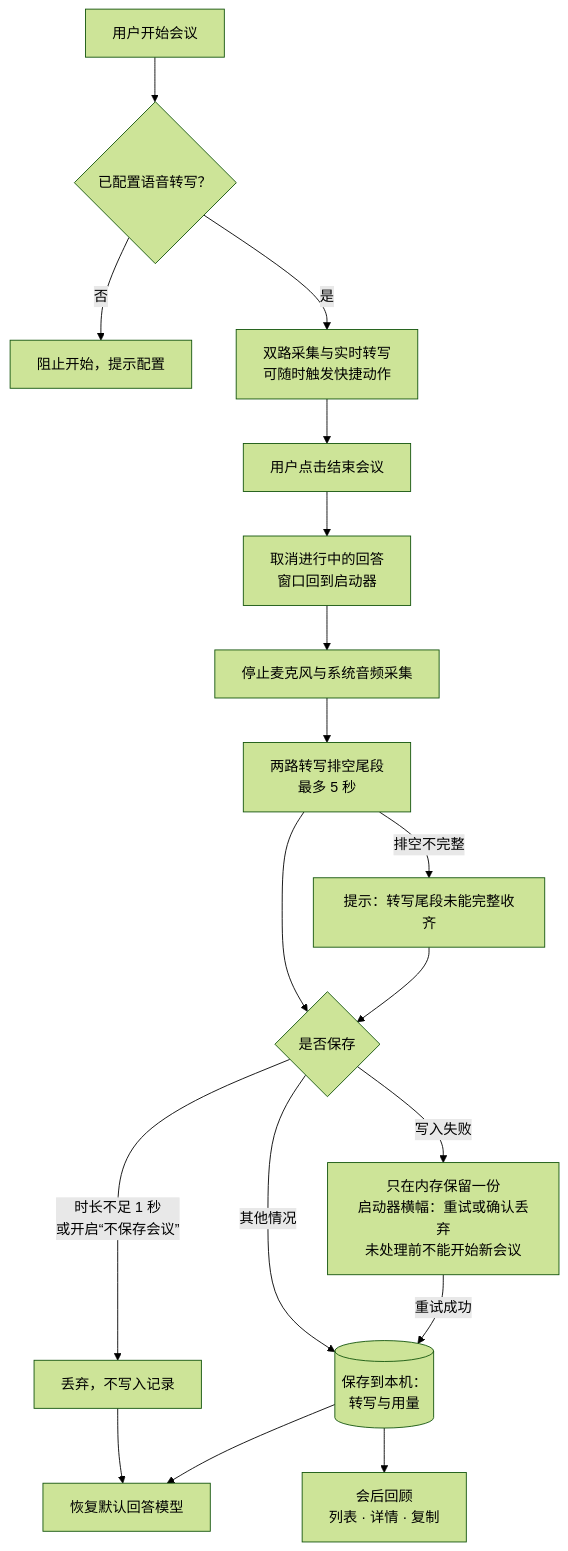
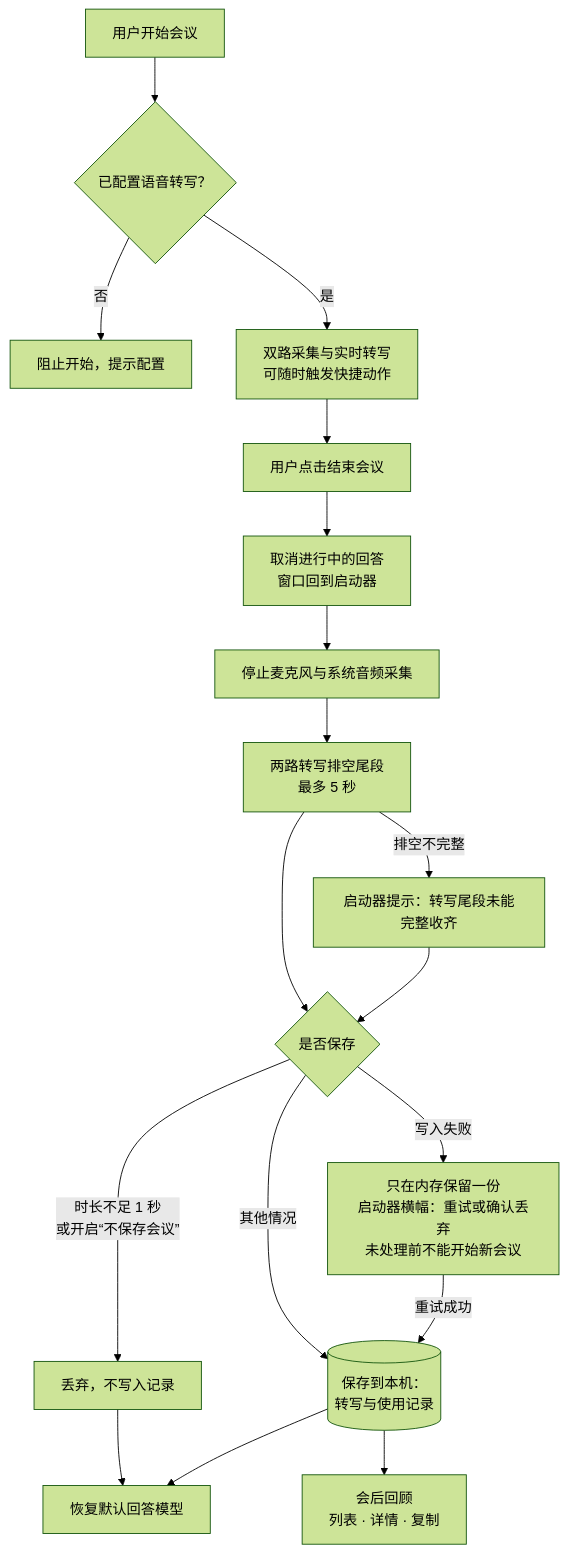
The fourth of 4 diagrams in docs/product.md (xbz123/margin), drawn with Mermaid (forest theme) before and after one commit. The commit also changed other lines of this file and 15 other files, not shown here.

````diff
--- a/docs/product.md
+++ b/docs/product.md
@@ -388,20 +332,20 @@
 ```mermaid
 flowchart TD
   S["用户开始会议"] --> Q{"已配置语音转写？"}
   Q -- "否" --> B["阻止开始，提示配置"]
   Q -- "是" --> L["双路采集与实时转写<br/>可随时触发快捷动作"]
   L --> E["用户点击结束会议"]
   E --> C1["取消进行中的回答<br/>窗口回到启动器"]
   C1 --> C2["停止麦克风与系统音频采集"]
   C2 --> D["两路转写排空尾段<br/>最多 5 秒"]
-  D -- "排空不完整" --> W["提示：转写尾段未能完整收齐"]
+  D -- "排空不完整" --> W["启动器提示：转写尾段未能完整收齐"]
   D --> J{"是否保存"}
   W --> J
   J -- "时长不足 1 秒<br/>或开启“不保存会议”" --> Z["丢弃，不写入记录"]
-  J -- "其他情况" --> SAVE[("保存到本机：<br/>转写与用量")]
+  J -- "其他情况" --> SAVE[("保存到本机：<br/>转写与使用记录")]
   J -- "写入失败" --> P["只在内存保留一份<br/>启动器横幅：重试或确认丢弃<br/>未处理前不能开始新会议"]
   P -- "重试成功" --> SAVE
   SAVE --> R["会后回顾<br/>列表 · 详情 · 复制"]
   Z --> M["恢复默认回答模型"]
   SAVE --> M
 ```
````
